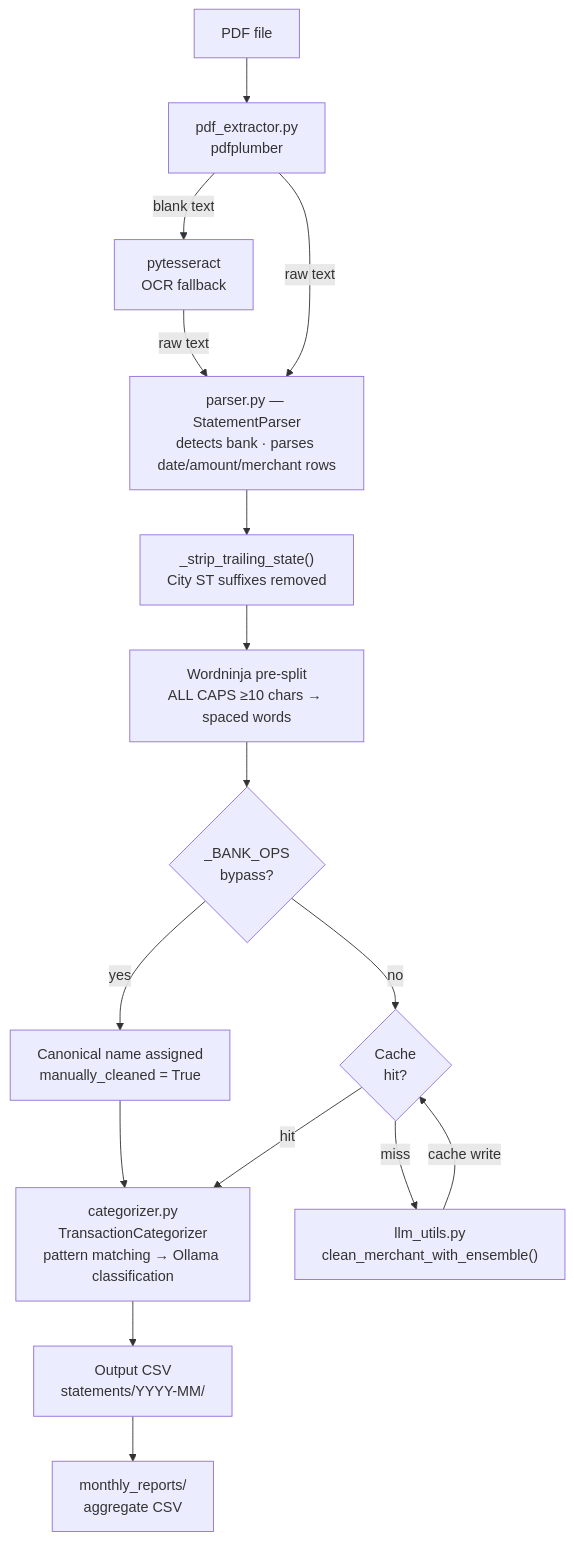
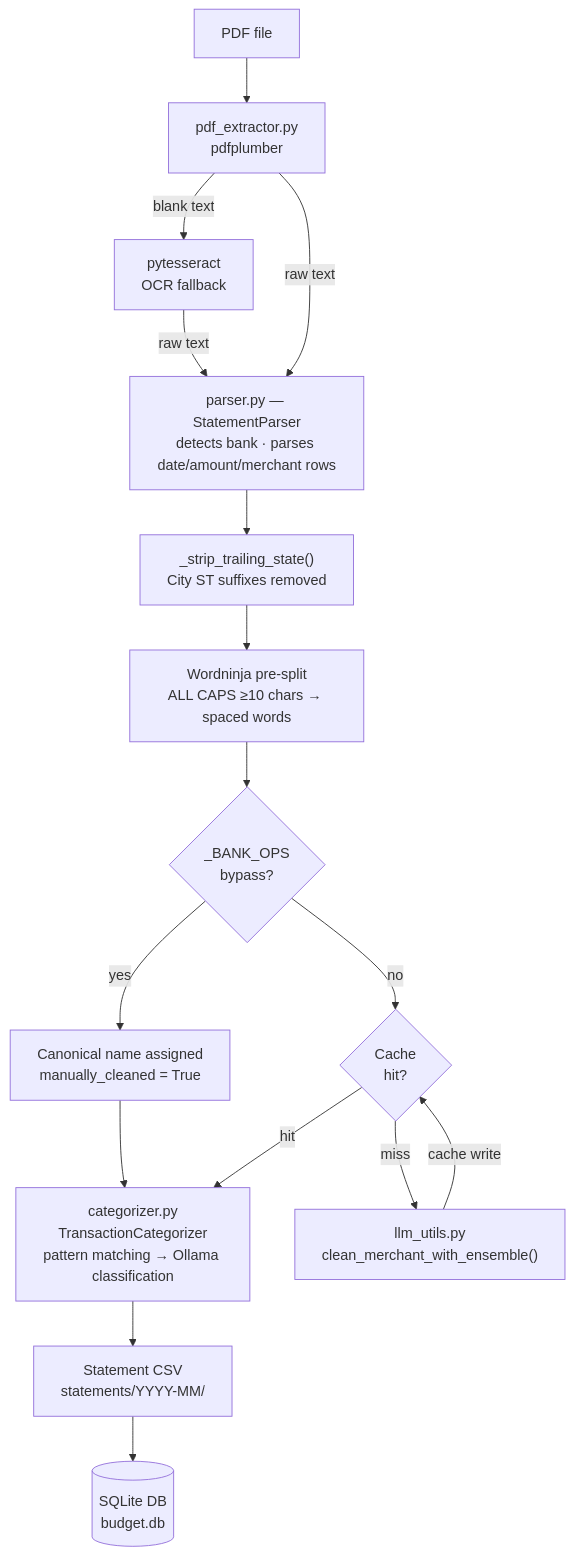
The first of 2 diagrams in docs/ARCHITECTURE.md (Saminator28/AutomatedBudgeting), drawn with Mermaid before and after one commit. The commit also changed other lines of this file and 38 other files, not shown here.

````diff
--- a/docs/ARCHITECTURE.md
+++ b/docs/ARCHITECTURE.md
@@ -56,34 +56,33 @@
 ```mermaid
 flowchart TD
     PDF[PDF file]
     ext["pdf_extractor.py<br/>pdfplumber"]
     ocr["pytesseract<br/>OCR fallback"]
     parser["parser.py — StatementParser<br/>detects bank · parses date/amount/merchant rows"]
     strip["_strip_trailing_state()<br/>City ST suffixes removed"]
     ninja["Wordninja pre-split<br/>ALL CAPS ≥10 chars → spaced words"]
     bankops{"`_BANK_OPS
 bypass?`"}
     canonical["Canonical name assigned<br/>manually_cleaned = True"]
     cache{"`Cache
 hit?`"}
     llm["llm_utils.py<br/>clean_merchant_with_ensemble()"]
     cat["categorizer.py<br/>TransactionCategorizer<br/>pattern matching → Ollama classification"]
-    csv["Output CSV<br/>statements/YYYY-MM/"]
-    report["monthly_reports/<br/>aggregate CSV"]
+    csv["Statement CSV<br/>statements/YYYY-MM/"]
 
     PDF --> ext
     ext -->|blank text| ocr
     ext -->|raw text| parser
     ocr -->|raw text| parser
     parser --> strip
     strip --> ninja
     ninja --> bankops
     bankops -->|yes| canonical
     canonical --> cat
     bankops -->|no| cache
     cache -->|hit| cat
     cache -->|miss| llm
     llm -->|cache write| cache
     cat --> csv
-    csv --> report
+    csv --> db[(SQLite DB<br/>budget.db)]
 ```
````
